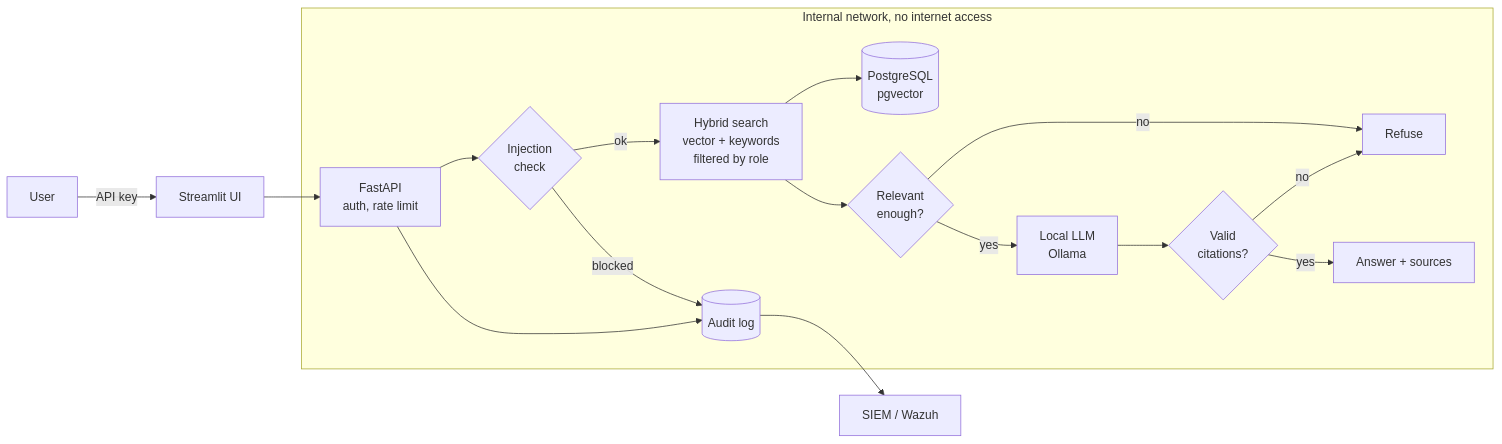
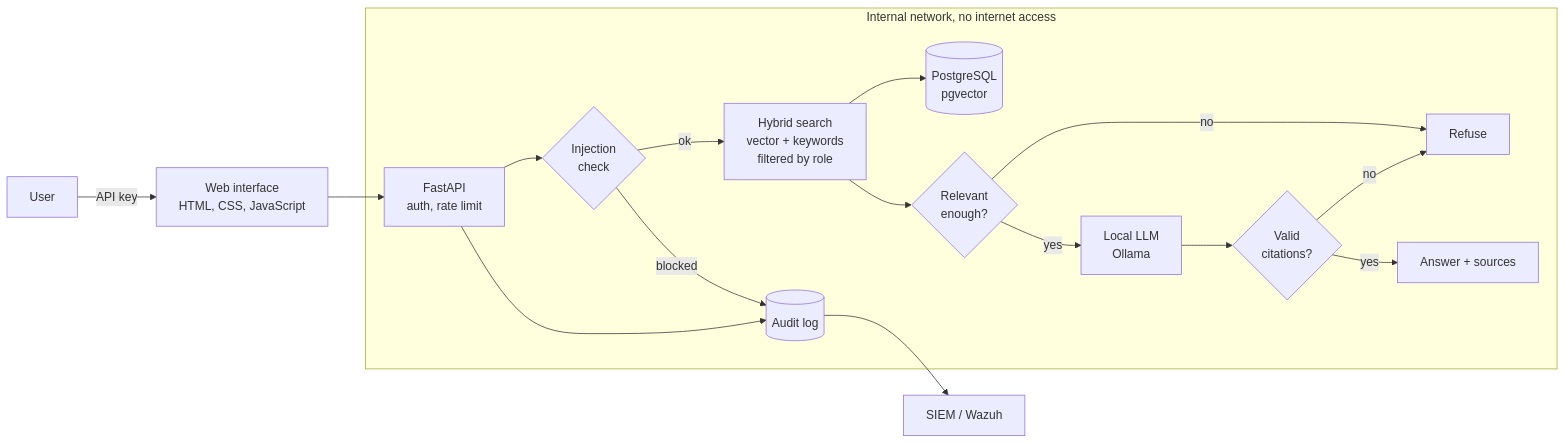
One commit to ahmedbmohamed/secure-rag-assistant changed the first of 2 diagrams in README.md. Above: the diagram before and after it, drawn with Mermaid. The commit also changed other lines of this file and 15 other files, not shown here.

Commit message:
Replace Streamlit with a plain HTML, CSS and JavaScript dashboard served by the API

````diff
--- a/README.md
+++ b/README.md
@@ -21,19 +21,19 @@
 ```mermaid
 flowchart LR
-    U[User] -->|API key| UI[Streamlit UI]
+    U[User] -->|API key| UI[Web interface<br/>HTML, CSS, JavaScript]
     UI --> API[FastAPI<br/>auth, rate limit]
     subgraph backend [Internal network, no internet access]
         API --> G1{Injection<br/>check}
         G1 -- blocked --> LOG[(Audit log)]
         G1 -- ok --> R[Hybrid search<br/>vector + keywords<br/>filtered by role]
         R --> DB[(PostgreSQL<br/>pgvector)]
         R --> T{Relevant<br/>enough?}
         T -- no --> REF[Refuse]
         T -- yes --> LLM[Local LLM<br/>Ollama]
         LLM --> C{Valid<br/>citations?}
         C -- yes --> A[Answer + sources]
         C -- no --> REF
     end
     API --> LOG
     LOG --> SIEM[SIEM / Wazuh]
 ```
````
